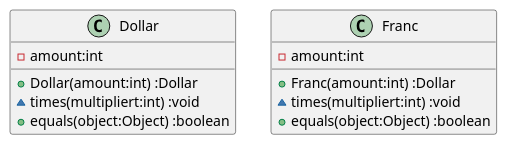
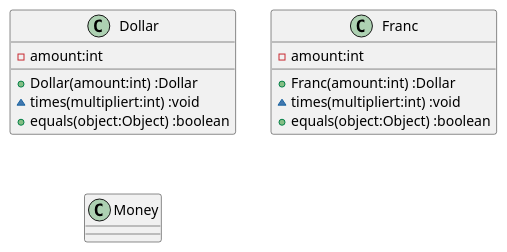
The diagram in docs/src/TDD.md (k2works/etude_for_java), drawn with PlantUML before and after one commit. The commit also changed other lines of this file and 3 other files, not shown here.

````diff
--- a/docs/src/TDD.md
+++ b/docs/src/TDD.md
@@ -59,14 +59,17 @@
 ```puml
 class Dollar {
   -amount:int
   +Dollar(amount:int) :Dollar
   ~times(multipliert:int) :void
   +equals(object:Object) :boolean
 }
 class Franc {
   -amount:int
   +Franc(amount:int) :Dollar
   ~times(multipliert:int) :void
   +equals(object:Object) :boolean
 }
+class Money {
+
+}
 ```
````
